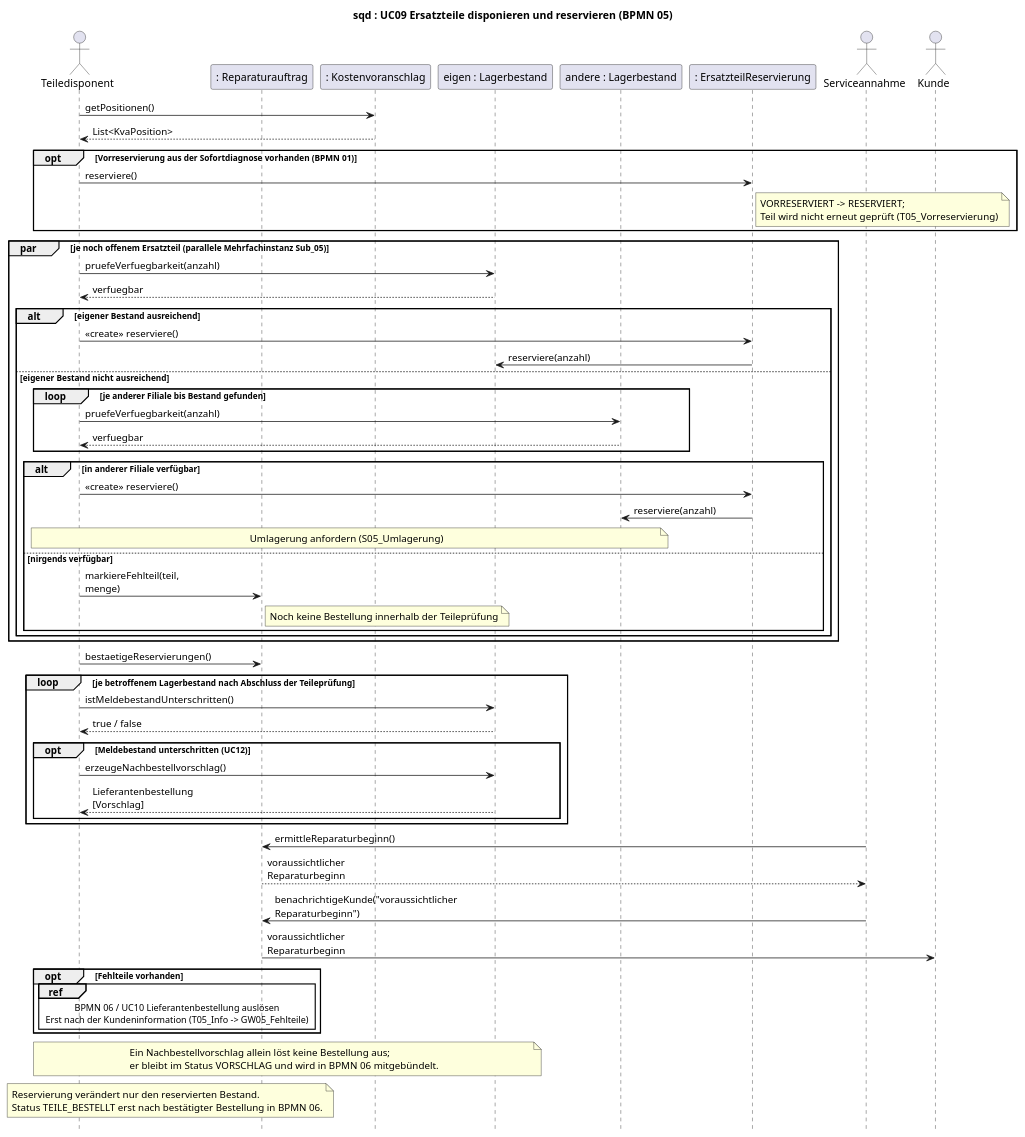
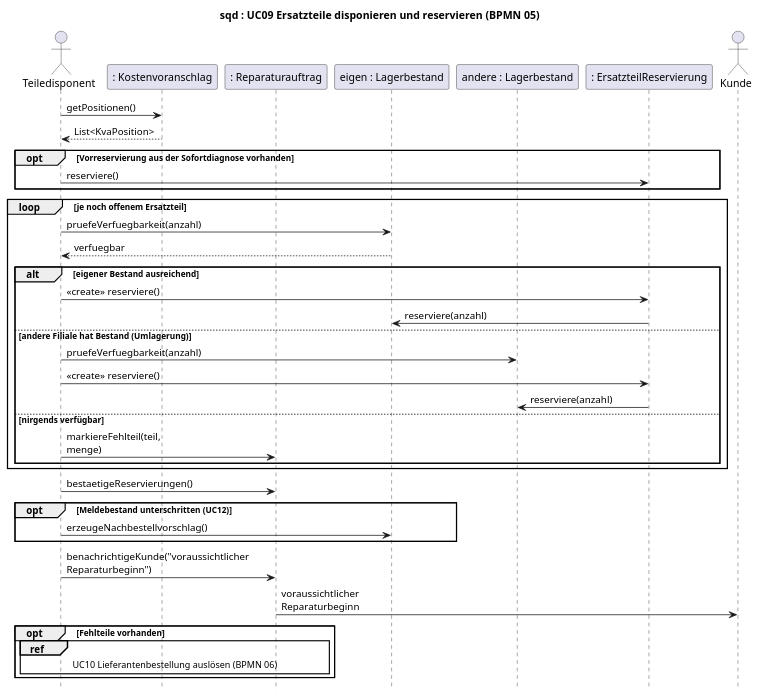
Before and after one commit to jakobschwan123-cmd/casestudy-semester-3: the diagram in 2_uml/entwurf-plantuml/sequenz-03-reservierung.puml, drawn with PlantUML. The commit also changed 14 other files, not shown here.

First line of the commit message:
[T05 2026-10-15] refactor: cut sequence diagrams down to the core flow (E-28)

```diff
--- a/2_uml/entwurf-plantuml/sequenz-03-reservierung.puml
+++ b/2_uml/entwurf-plantuml/sequenz-03-reservierung.puml
@@ -1,64 +1,45 @@
 @startuml
-' BPMN: p05-ersatzteilreservierung.bpmn
-' BPMN-Nodes: T05_Teileliste T05_Vorreservierung Sub_05 S05_Eigen GW05_Eigen S05_Reservieren S05_Andere GW05_Andere S05_ResAndere S05_Umlagerung S05_Fehlteil T05_Bestaetigen T05_Meldebestand GW05_Meldebestand T05_Nachbestellung T05_Beginn T05_Info GW05_Fehlteile T05_Bestellen
+' BPMN: p05-ersatzteilreservierung.bpmn. Kernablauf: je Teil eigener Bestand, andere Filiale oder Fehlteil; Vorreservierung aus UC01 (E-26).
 title sqd : UC09 Ersatzteile disponieren und reservieren (BPMN 05)
 skinparam defaultFontName Arial
 skinparam sequenceMessageAlign left
-skinparam maxMessageSize 160
+skinparam maxMessageSize 170
 hide footbox
 
-actor Teiledisponent as Disponent
+actor Teiledisponent as D
+participant ": Kostenvoranschlag" as KVA
 participant ": Reparaturauftrag" as RA
-participant ": Kostenvoranschlag" as KVA
 participant "eigen : Lagerbestand" as LB
 participant "andere : Lagerbestand" as AL
 participant ": ErsatzteilReservierung" as RES
-actor Serviceannahme as SM
 actor Kunde
 
-Disponent -> KVA : getPositionen()
-KVA --> Disponent : List<KvaPosition>
-opt Vorreservierung aus der Sofortdiagnose vorhanden (BPMN 01)
-    Disponent -> RES : reserviere()
-    note right of RES : VORRESERVIERT -> RESERVIERT;\nTeil wird nicht erneut geprüft (T05_Vorreservierung)
+D -> KVA : getPositionen()
+KVA --> D : List<KvaPosition>
+opt Vorreservierung aus der Sofortdiagnose vorhanden
+    D -> RES : reserviere()
 end
-par je noch offenem Ersatzteil (parallele Mehrfachinstanz Sub_05)
-    Disponent -> LB : pruefeVerfuegbarkeit(anzahl)
-    LB --> Disponent : verfuegbar
+loop je noch offenem Ersatzteil
+    D -> LB : pruefeVerfuegbarkeit(anzahl)
+    LB --> D : verfuegbar
     alt eigener Bestand ausreichend
-        Disponent -> RES : <<create>> reserviere()
+        D -> RES : <<create>> reserviere()
         RES -> LB : reserviere(anzahl)
-    else eigener Bestand nicht ausreichend
-        loop je anderer Filiale bis Bestand gefunden
-            Disponent -> AL : pruefeVerfuegbarkeit(anzahl)
-            AL --> Disponent : verfuegbar
-        end
-        alt in anderer Filiale verfügbar
-            Disponent -> RES : <<create>> reserviere()
-            RES -> AL : reserviere(anzahl)
-            note over Disponent, AL : Umlagerung anfordern (S05_Umlagerung)
-        else nirgends verfügbar
-            Disponent -> RA : markiereFehlteil(teil, menge)
-            note right of RA : Noch keine Bestellung innerhalb der Teileprüfung
-        end
+    else andere Filiale hat Bestand (Umlagerung)
+        D -> AL : pruefeVerfuegbarkeit(anzahl)
+        D -> RES : <<create>> reserviere()
+        RES -> AL : reserviere(anzahl)
+    else nirgends verfügbar
+        D -> RA : markiereFehlteil(teil, menge)
     end
 end
-Disponent -> RA : bestaetigeReservierungen()
-loop je betroffenem Lagerbestand nach Abschluss der Teileprüfung
-    Disponent -> LB : istMeldebestandUnterschritten()
-    LB --> Disponent : true / false
-    opt Meldebestand unterschritten (UC12)
-        Disponent -> LB : erzeugeNachbestellvorschlag()
-        LB --> Disponent : Lieferantenbestellung [Vorschlag]
-    end
+D -> RA : bestaetigeReservierungen()
+opt Meldebestand unterschritten (UC12)
+    D -> LB : erzeugeNachbestellvorschlag()
 end
-SM -> RA : ermittleReparaturbeginn()
-RA --> SM : voraussichtlicher Reparaturbeginn
-SM -> RA : benachrichtigeKunde("voraussichtlicher Reparaturbeginn")
+D -> RA : benachrichtigeKunde("voraussichtlicher Reparaturbeginn")
 RA -> Kunde : voraussichtlicher Reparaturbeginn
 opt Fehlteile vorhanden
-    ref over Disponent, RA : BPMN 06 / UC10 Lieferantenbestellung auslösen\nErst nach der Kundeninformation (T05_Info -> GW05_Fehlteile)
+    ref over D, RA : UC10 Lieferantenbestellung auslösen (BPMN 06)
 end
-note over Disponent, LB : Ein Nachbestellvorschlag allein löst keine Bestellung aus;\ner bleibt im Status VORSCHLAG und wird in BPMN 06 mitgebündelt.
-note over Disponent, RA : Reservierung verändert nur den reservierten Bestand.\nStatus TEILE_BESTELLT erst nach bestätigter Bestellung in BPMN 06.
 @enduml
```
